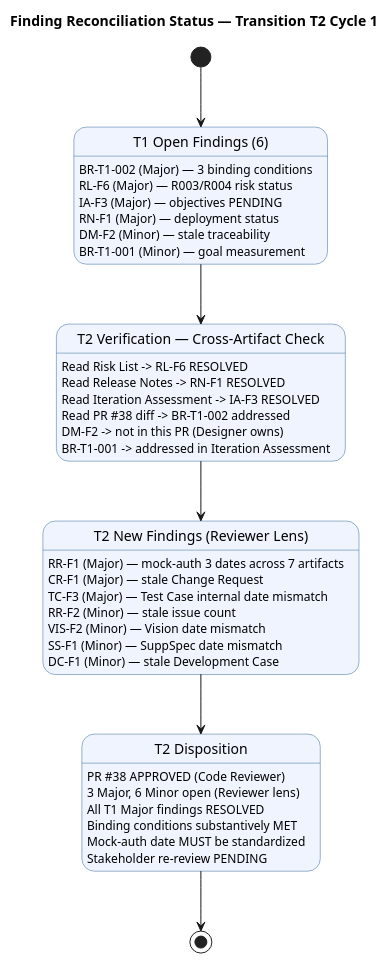
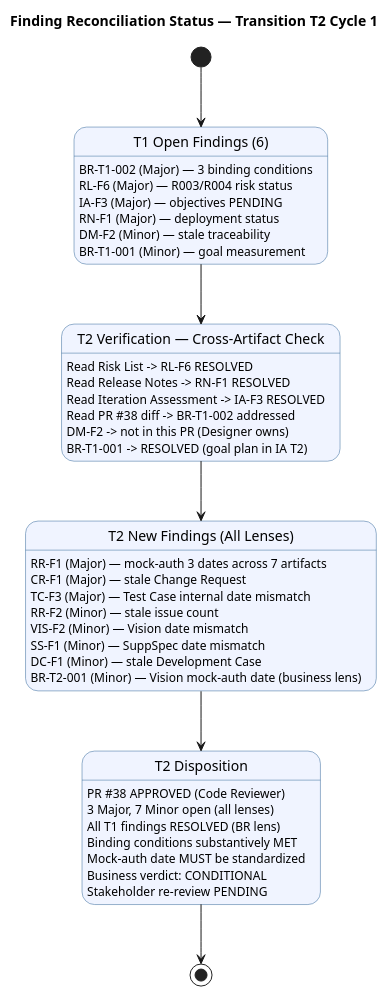
The seventh of 9 diagrams in docs/artifacts/project-management/review-record.md (banense-test/portal-cuba-corp), drawn with PlantUML before and after one commit. The commit also changed other lines of this file, not shown here.

First line of the commit message:
Business Reviewer [T2]: upsert Review Record

````diff
--- a/docs/artifacts/project-management/review-record.md
+++ b/docs/artifacts/project-management/review-record.md
@@ -367,57 +602,59 @@
 ```plantuml
 @startuml
 title Finding Reconciliation Status — Transition T2 Cycle 1
 
 skinparam stateBackgroundColor #F0F4FF
 skinparam stateBorderColor #336699
 skinparam shadowing false
 
 [*] --> T1_Findings
 
 state "T1 Open Findings (6)" as T1_Findings {
   T1_Findings : BR-T1-002 (Major) — 3 binding conditions
   T1_Findings : RL-F6 (Major) — R003/R004 risk status
   T1_Findings : IA-F3 (Major) — objectives PENDING
   T1_Findings : RN-F1 (Major) — deployment status
   T1_Findings : DM-F2 (Minor) — stale traceability
   T1_Findings : BR-T1-001 (Minor) — goal measurement
 }
 
 T1_Findings --> T2_Verification
 
 state "T2 Verification — Cross-Artifact Check" as T2_Verification {
   T2_Verification : Read Risk List -> RL-F6 RESOLVED
   T2_Verification : Read Release Notes -> RN-F1 RESOLVED
   T2_Verification : Read Iteration Assessment -> IA-F3 RESOLVED
   T2_Verification : Read PR #38 diff -> BR-T1-002 addressed
   T2_Verification : DM-F2 -> not in this PR (Designer owns)
-  T2_Verification : BR-T1-001 -> addressed in Iteration Assessment
+  T2_Verification : BR-T1-001 -> RESOLVED (goal plan in IA T2)
 }
 
 T2_Verification --> T2_New_Findings
 
-state "T2 New Findings (Reviewer Lens)" as T2_New_Findings {
+state "T2 New Findings (All Lenses)" as T2_New_Findings {
   T2_New_Findings : RR-F1 (Major) — mock-auth 3 dates across 7 artifacts
   T2_New_Findings : CR-F1 (Major) — stale Change Request
   T2_New_Findings : TC-F3 (Major) — Test Case internal date mismatch
   T2_New_Findings : RR-F2 (Minor) — stale issue count
   T2_New_Findings : VIS-F2 (Minor) — Vision date mismatch
   T2_New_Findings : SS-F1 (Minor) — SuppSpec date mismatch
   T2_New_Findings : DC-F1 (Minor) — stale Development Case
+  T2_New_Findings : BR-T2-001 (Minor) — Vision mock-auth date (business lens)
 }
 
 T2_New_Findings --> T2_Disposition
 
 state "T2 Disposition" as T2_Disposition {
   T2_Disposition : PR #38 APPROVED (Code Reviewer)
-  T2_Disposition : 3 Major, 6 Minor open (Reviewer lens)
-  T2_Disposition : All T1 Major findings RESOLVED
+  T2_Disposition : 3 Major, 7 Minor open (all lenses)
+  T2_Disposition : All T1 findings RESOLVED (BR lens)
   T2_Disposition : Binding conditions substantively MET
   T2_Disposition : Mock-auth date MUST be standardized
+  T2_Disposition : Business verdict: CONDITIONAL
   T2_Disposition : Stakeholder re-review PENDING
 }
 
 T2_Disposition --> [*]
 
 @enduml
 ```
````
